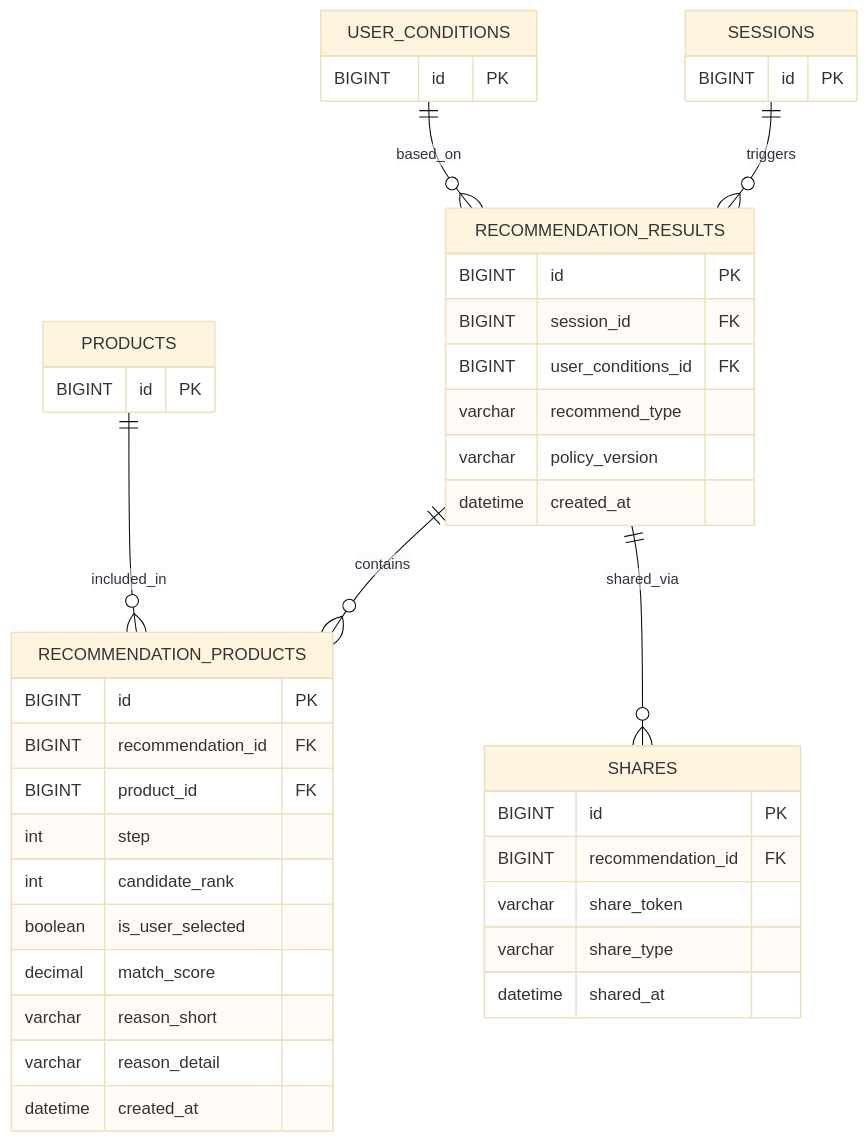
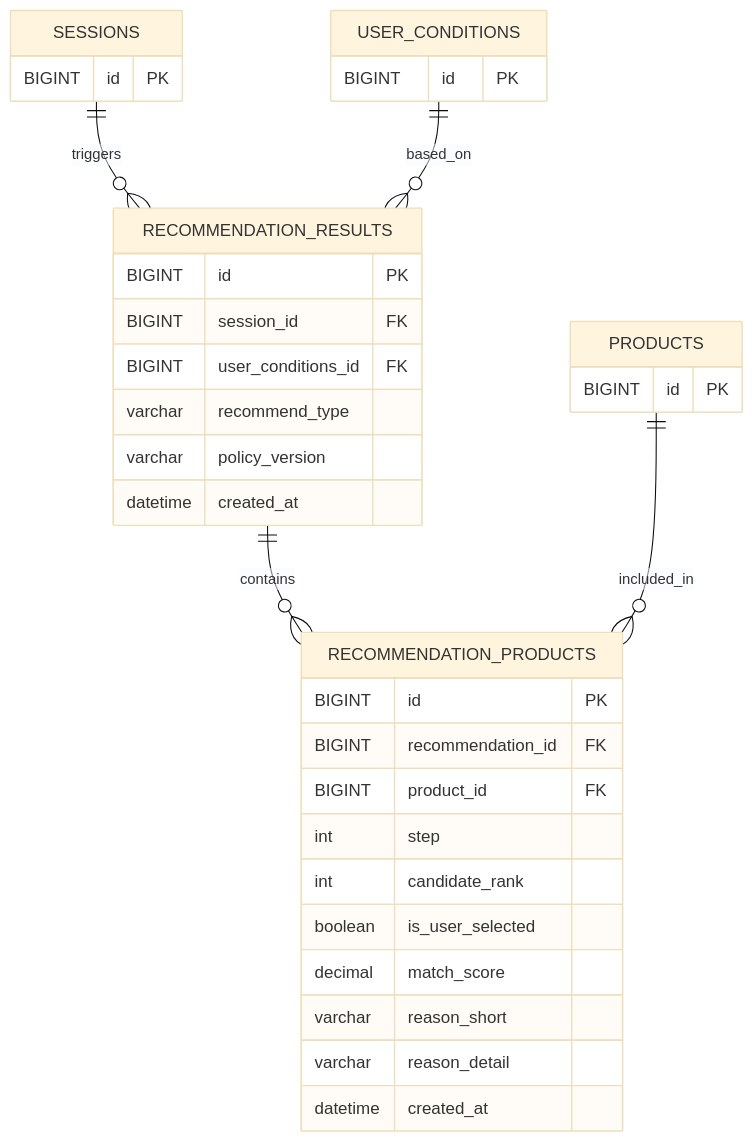
Before and after one commit to Leets-Official/K-Beauty-BE: the diagram in docs/recommendation-erd.md, drawn with Mermaid (base theme). The commit also changed other lines of this file and 2 other files, not shown here.

Commit message:
docs: 세션·공유 도메인 ERD 정의 및 추천 도메인 ERD 공유 분리

````diff
--- a/docs/recommendation-erd.md
+++ b/docs/recommendation-erd.md
@@ -5,50 +5,41 @@
 ```mermaid
 erDiagram
     RECOMMENDATION_RESULTS ||--o{ RECOMMENDATION_PRODUCTS : contains
-    RECOMMENDATION_RESULTS ||--o{ SHARES : shared_via
     SESSIONS ||--o{ RECOMMENDATION_RESULTS : triggers
     USER_CONDITIONS ||--o{ RECOMMENDATION_RESULTS : based_on
     PRODUCTS ||--o{ RECOMMENDATION_PRODUCTS : included_in
 
     RECOMMENDATION_RESULTS {
       BIGINT id PK
       BIGINT session_id FK
       BIGINT user_conditions_id FK
       varchar recommend_type
       varchar policy_version
       datetime created_at
     }
 
     RECOMMENDATION_PRODUCTS {
       BIGINT id PK
       BIGINT recommendation_id FK
       BIGINT product_id FK
       int step
       int candidate_rank
       boolean is_user_selected
       decimal match_score
       varchar reason_short
       varchar reason_detail
       datetime created_at
     }
 
-    SHARES {
-      BIGINT id PK
-      BIGINT recommendation_id FK
-      varchar share_token
-      varchar share_type
-      datetime shared_at
-    }
-
     USER_CONDITIONS {
       BIGINT id PK
     }
 
     SESSIONS {
       BIGINT id PK
     }
 
     PRODUCTS {
       BIGINT id PK
     }
 ```
````
